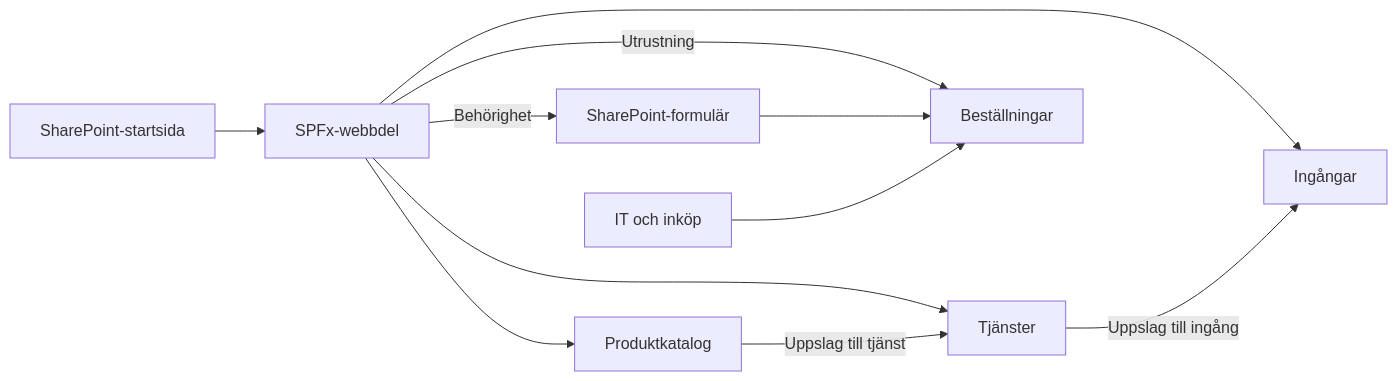
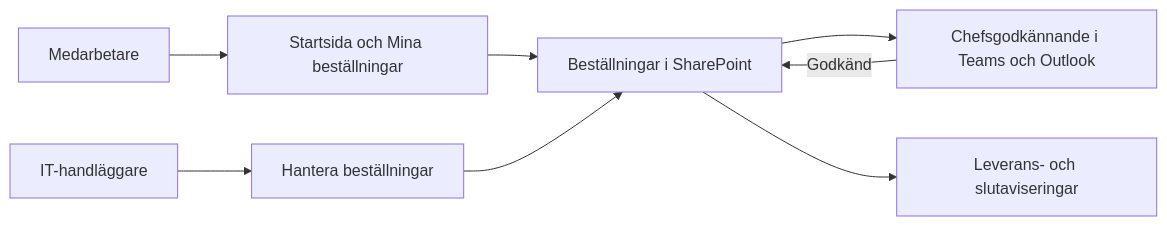
Before and after one commit to SebastianChristobal/microsoft-365-portfolio: the diagram in projekt/medarbetarservice.md, drawn with Mermaid. The commit also changed other lines of this file and 11 other files, not shown here.

````diff
--- a/projekt/medarbetarservice.md
+++ b/projekt/medarbetarservice.md
@@ -11,13 +41,10 @@
 ```mermaid
 flowchart LR
-    A[SharePoint-startsida] --> B[SPFx-webbdel]
-    B --> C[Ingångar]
-    B --> D[Tjänster]
-    B --> E[Produktkatalog]
-    D -->|Uppslag till ingång| C
-    E -->|Uppslag till tjänst| D
-    B -->|Utrustning| F[Beställningar]
-    B -->|Behörighet| G[SharePoint-formulär]
-    G --> F
-    H[IT och inköp] --> F
+    A[Medarbetare] --> B[Startsida och Mina beställningar]
+    B --> C[Beställningar i SharePoint]
+    C --> D[Chefsgodkännande i Teams och Outlook]
+    D -->|Godkänd| C
+    E[IT-handläggare] --> F[Hantera beställningar]
+    F --> C
+    C --> G[Leverans- och slutaviseringar]
 ```
````
